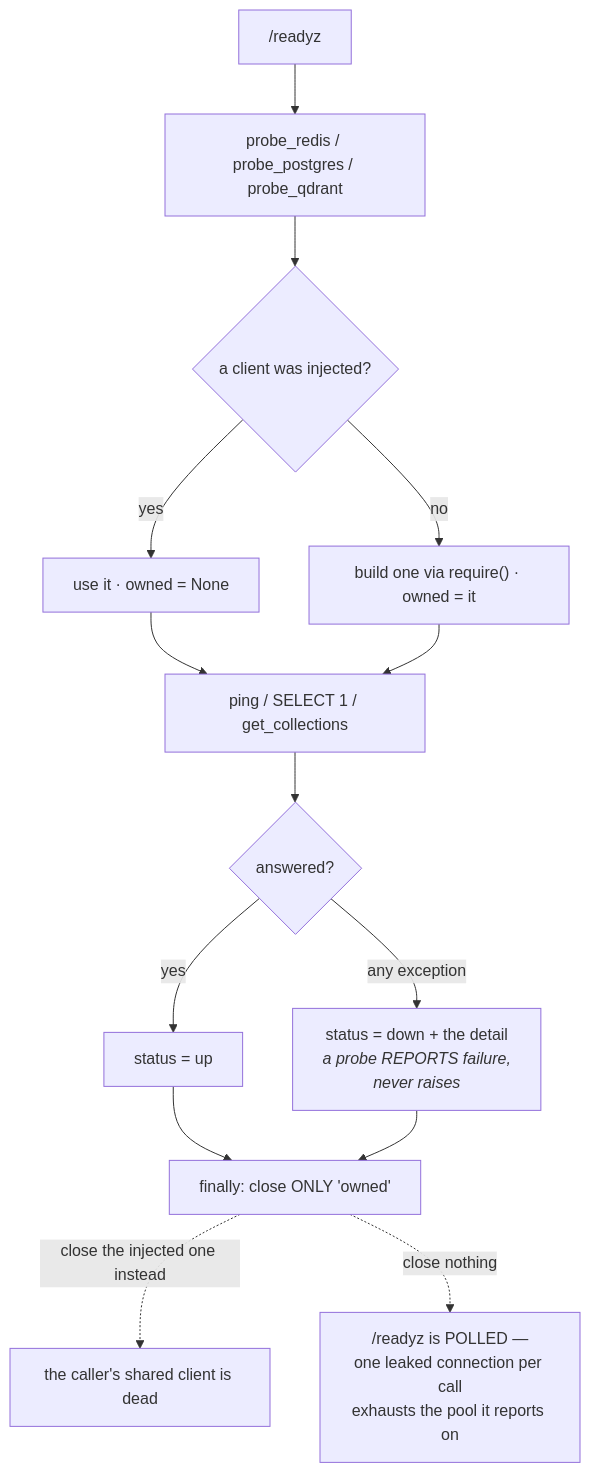
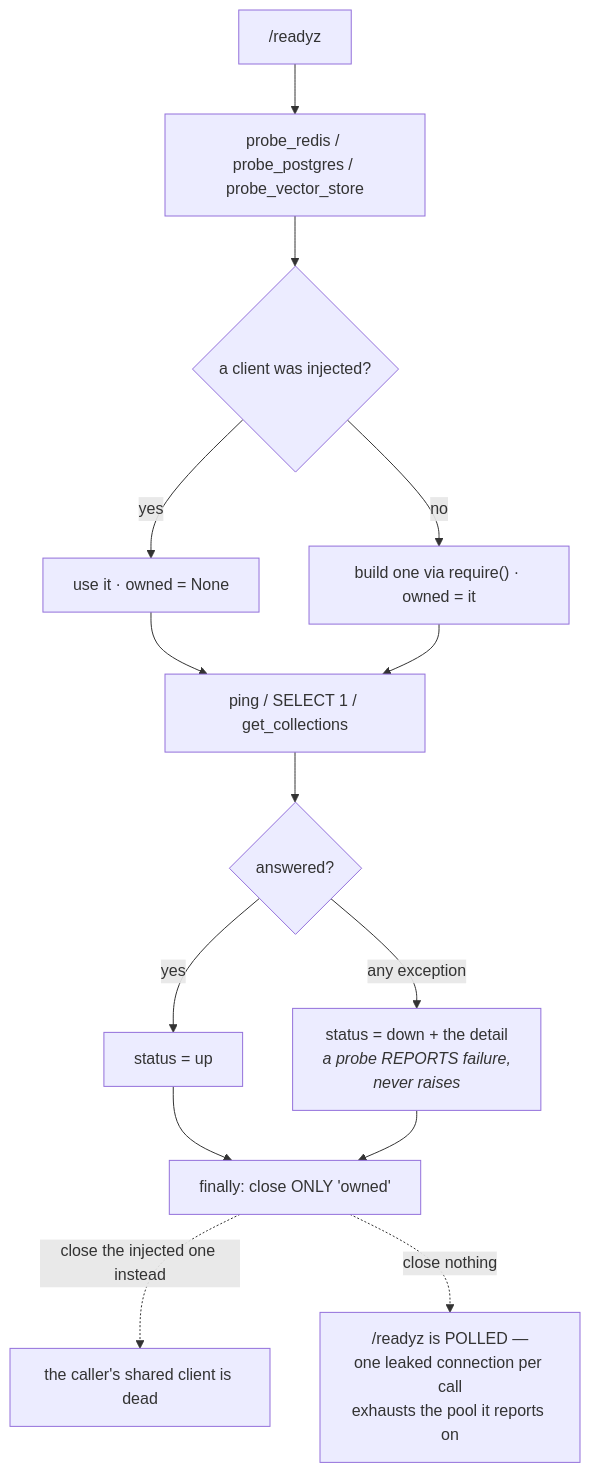
One commit to yrevash/aegis changed the ninth of 11 diagrams in docs/teaching/core/40-diagrams.md. Above: the diagram before and after it, drawn with Mermaid. The commit also changed other lines of this file and 79 other files, not shown here.

````diff
--- a/docs/teaching/core/40-diagrams.md
+++ b/docs/teaching/core/40-diagrams.md
@@ -215,21 +215,21 @@
 ```mermaid
 flowchart TB
-    RQ["/readyz"] --> P["probe_redis / probe_postgres / probe_qdrant"]
+    RQ["/readyz"] --> P["probe_redis / probe_postgres / probe_vector_store"]
 
     P --> INJ{"a client was injected?"}
     INJ -->|yes| USE["use it · owned = None"]
     INJ -->|no| BUILD["build one via require() · owned = it"]
 
     USE --> PING["ping / SELECT 1 / get_collections"]
     BUILD --> PING
 
     PING --> RES{"answered?"}
     RES -->|yes| UP["status = up"]
     RES -->|"any exception"| DOWN["status = down + the detail<br/><i>a probe REPORTS failure,<br/>never raises</i>"]
 
     UP --> FIN["finally: close ONLY 'owned'"]
     DOWN --> FIN
 
     FIN -.->|"close the injected one instead"| BAD1["the caller's shared client is dead"]
     FIN -.->|"close nothing"| BAD2["/readyz is POLLED —<br/>one leaked connection per call<br/>exhausts the pool it reports on"]
 ```
````
